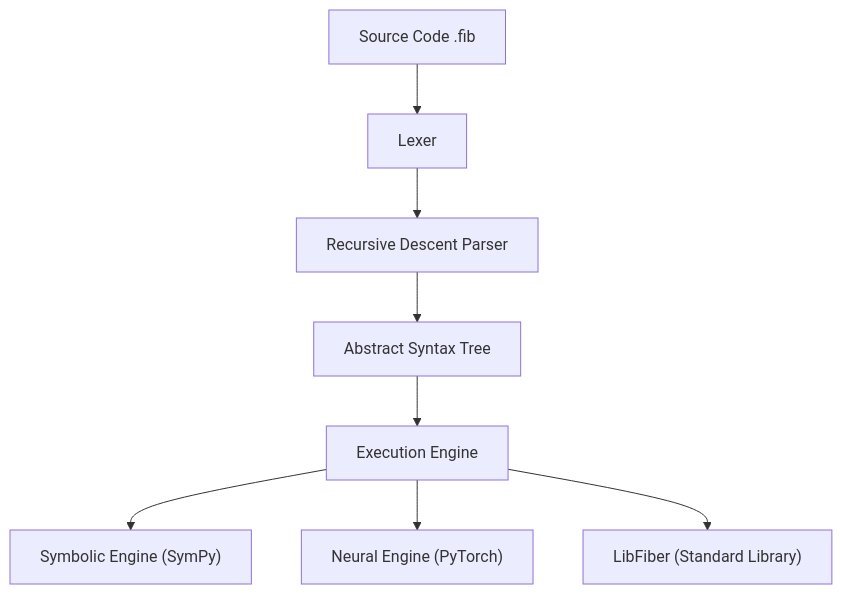
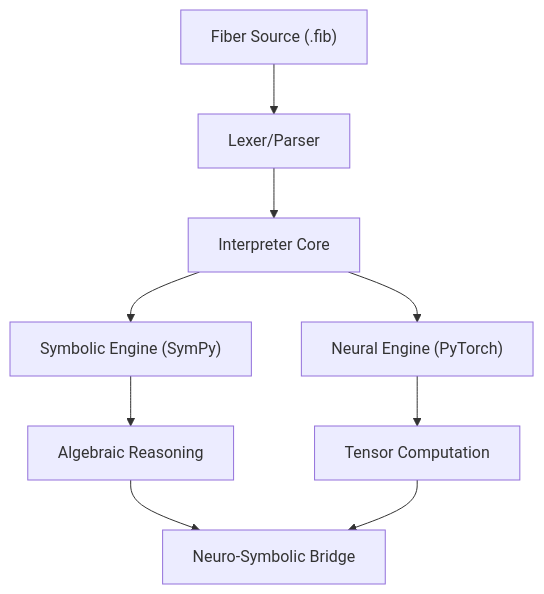
One commit to Darksider70-yep/Fiber changed the diagram in README.md. Above: the diagram before and after it, drawn with Mermaid. The commit also changed other lines of this file and 2 other files, not shown here.

Commit message:
docs: add neural engine documentation and update README with v0.3-beta features and API reference

````diff
--- a/README.md
+++ b/README.md
@@ -16,10 +51,11 @@
 ```mermaid
 graph TD
-    A[Source Code .fib] --> B[Lexer]
-    B --> C[Recursive Descent Parser]
-    C --> D[Abstract Syntax Tree]
-    D --> E[Execution Engine]
-    E --> F["Symbolic Engine (SymPy)"]
-    E --> G["Neural Engine (PyTorch)"]
-    E --> H["LibFiber (Standard Library)"]
+    A["Fiber Source (.fib)"] --> B["Lexer/Parser"]
+    B --> C["Interpreter Core"]
+    C --> D["Symbolic Engine (SymPy)"]
+    C --> E["Neural Engine (PyTorch)"]
+    D --> F["Algebraic Reasoning"]
+    E --> G["Tensor Computation"]
+    F --> H["Neuro-Symbolic Bridge"]
+    G --> H
 ```
````
